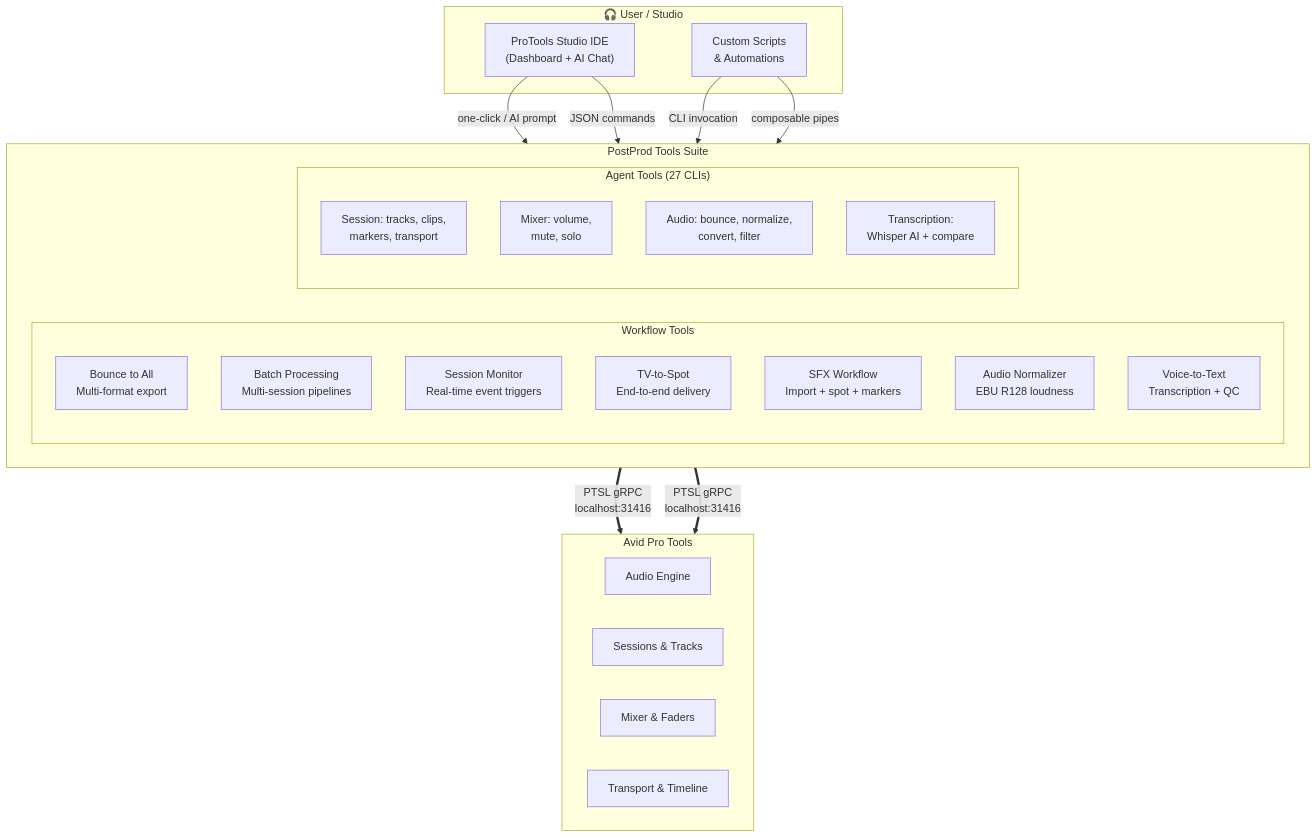
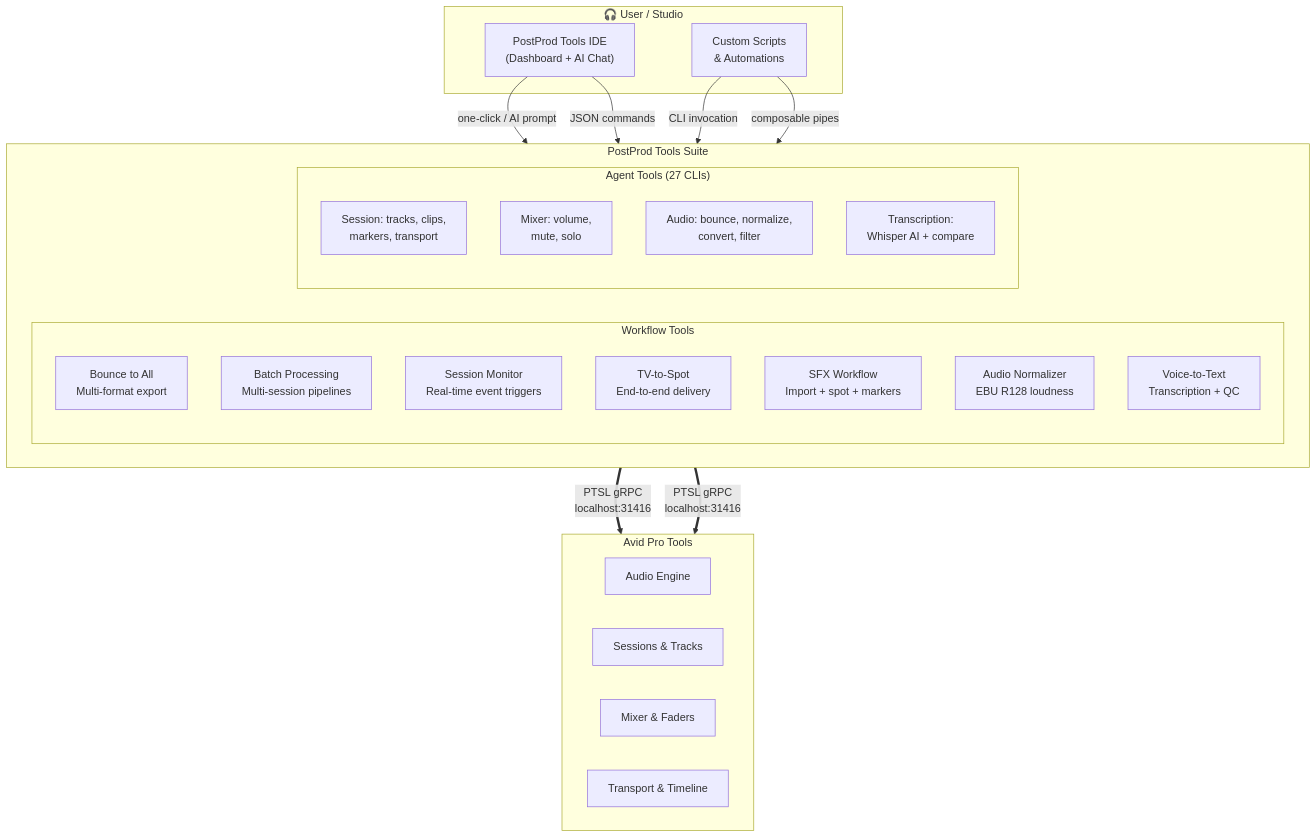
The diagram in README.md (Caio-Ze/postprod-tools), drawn with Mermaid before and after one commit. The commit also changed other lines of this file, not shown here.

````diff
--- a/README.md
+++ b/README.md
@@ -152,41 +152,41 @@
 ```mermaid
 flowchart TB
     subgraph USER["🎧 User / Studio"]
-        IDE["ProTools Studio IDE\n(Dashboard + AI Chat)"]
+        IDE["PostProd Tools IDE\n(Dashboard + AI Chat)"]
         SCRIPTS["Custom Scripts\n& Automations"]
     end
 
     subgraph PPT["PostProd Tools Suite"]
         direction LR
         subgraph WF["Workflow Tools"]
             BOUNCE["Bounce to All\nMulti-format export"]
             BATCH["Batch Processing\nMulti-session pipelines"]
             MONITOR["Session Monitor\nReal-time event triggers"]
             TVSPOT["TV-to-Spot\nEnd-to-end delivery"]
             SFX["SFX Workflow\nImport + spot + markers"]
             NORM["Audio Normalizer\nEBU R128 loudness"]
             VTT["Voice-to-Text\nTranscription + QC"]
         end
         subgraph AT["Agent Tools (27 CLIs)"]
             SESSION["Session: tracks, clips,\nmarkers, transport"]
             MIXER["Mixer: volume,\nmute, solo"]
             AUDIO["Audio: bounce, normalize,\nconvert, filter"]
             TRANSCRIPT["Transcription:\nWhisper AI + compare"]
         end
     end
 
     subgraph PT["Avid Pro Tools"]
         ENGINE["Audio Engine"]
         SESS["Sessions & Tracks"]
         MIX["Mixer & Faders"]
         TRANSP["Transport & Timeline"]
     end
 
     IDE -->|"one-click / AI prompt"| WF
     IDE -->|"JSON commands"| AT
     SCRIPTS -->|"CLI invocation"| WF
     SCRIPTS -->|"composable pipes"| AT
 
     WF ==>|"PTSL gRPC\nlocalhost:31416"| PT
     AT ==>|"PTSL gRPC\nlocalhost:31416"| PT
 ```
````
